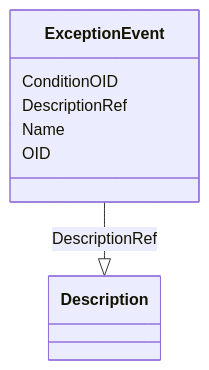
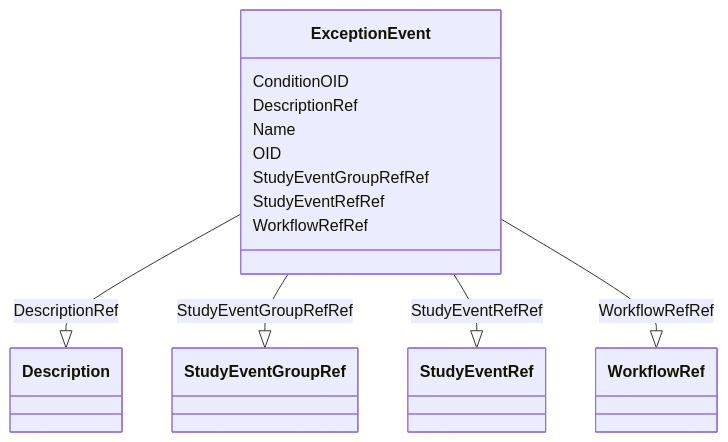
The diagram in docs/ExceptionEvent.md (cdisc-org/DataExchange-ODM-LinkML), drawn with Mermaid before and after one commit. The commit also changed other lines of this file and 398 other files, not shown here.

Commit message:
refreshing for latest updates to schema

````diff
--- a/docs/ExceptionEvent.md
+++ b/docs/ExceptionEvent.md
@@ -9,15 +9,27 @@
 ```mermaid
  classDiagram
     class ExceptionEvent
       ExceptionEvent : ConditionOID
         
       ExceptionEvent : DescriptionRef
         
           ExceptionEvent --|> Description : DescriptionRef
         
       ExceptionEvent : Name
         
       ExceptionEvent : OID
         
+      ExceptionEvent : StudyEventGroupRefRef
+        
+          ExceptionEvent --|> StudyEventGroupRef : StudyEventGroupRefRef
+        
+      ExceptionEvent : StudyEventRefRef
+        
+          ExceptionEvent --|> StudyEventRef : StudyEventRefRef
+        
+      ExceptionEvent : WorkflowRefRef
+        
+          ExceptionEvent --|> WorkflowRef : WorkflowRefRef
+        
       
 ```
````
